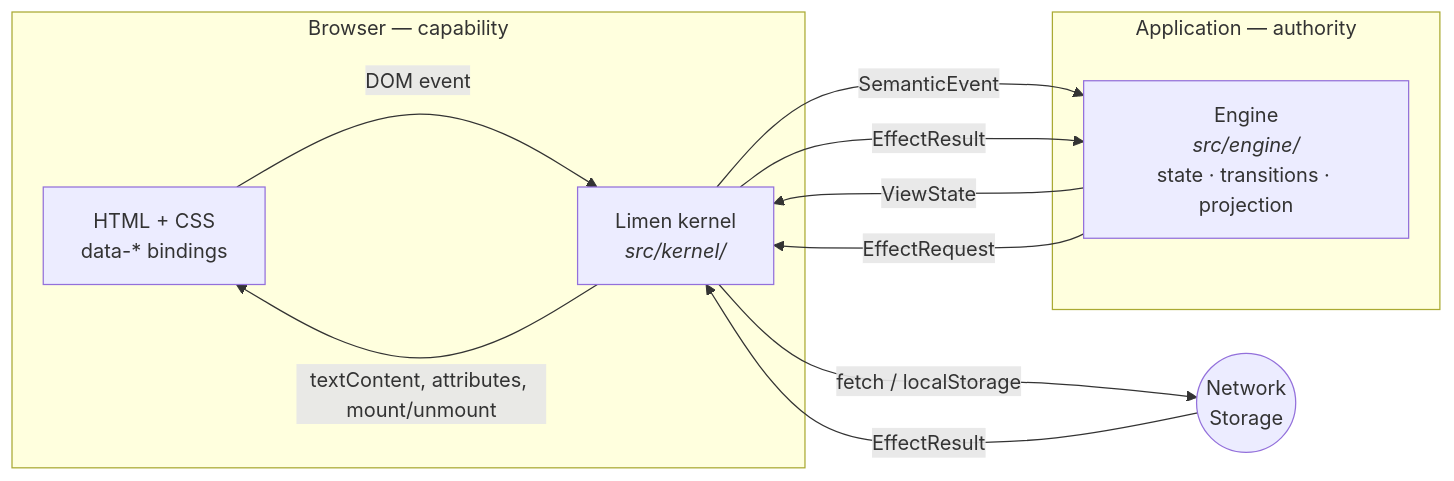
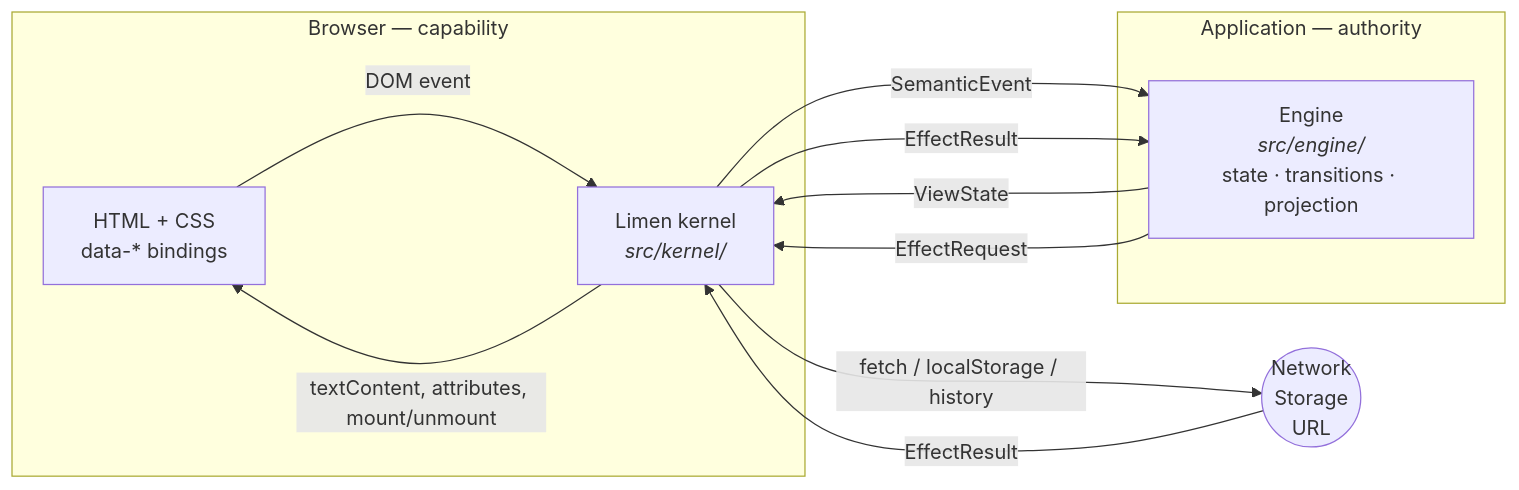
The diagram in README.md (kemiller2002/limen), drawn with Mermaid before and after one commit. The commit also changed other lines of this file and 35 other files, not shown here.

````diff
--- a/README.md
+++ b/README.md
@@ -45,19 +45,19 @@
 ```mermaid
 flowchart LR
     subgraph browser["Browser — capability"]
         DOM["HTML + CSS<br/>data-* bindings"]
         K["Limen kernel<br/><i>src/kernel/</i>"]
     end
     subgraph app["Application — authority"]
         E["Engine<br/><i>src/engine/</i><br/>state · transitions · projection"]
     end
 
     DOM -- "DOM event" --> K
     K -- "SemanticEvent" --> E
     E -- "ViewState" --> K
     K -- "textContent, attributes, mount/unmount" --> DOM
     E -- "EffectRequest" --> K
-    K -- "fetch / localStorage" --> X(("Network<br/>Storage"))
+    K -- "fetch / localStorage / history" --> X(("Network<br/>Storage<br/>URL"))
     X -- "EffectResult" --> K
     K -- "EffectResult" --> E
 ```
````
